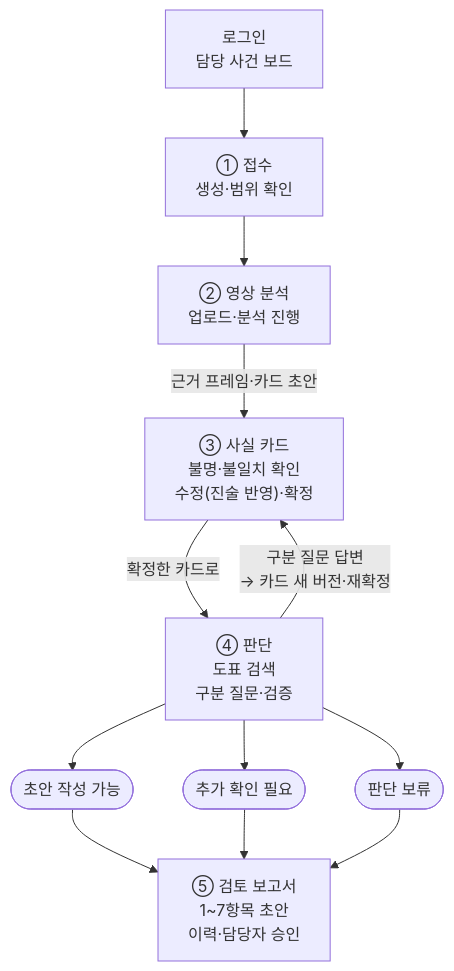
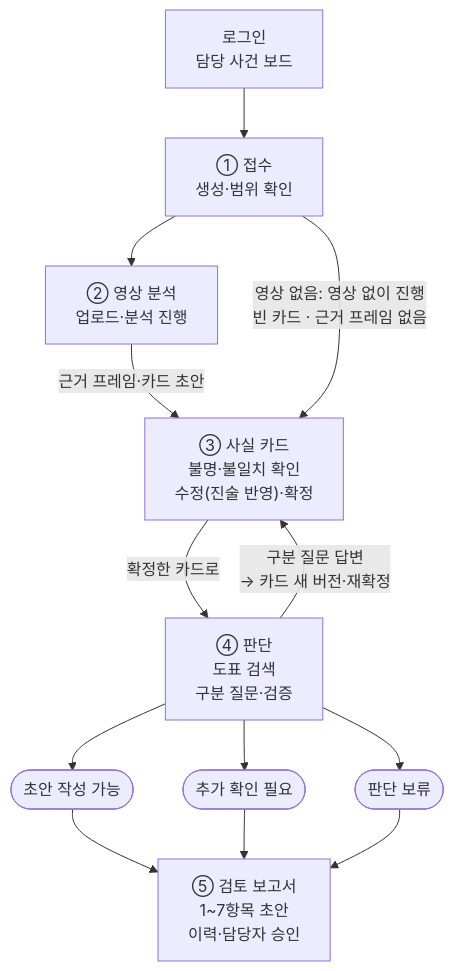
One commit to Ok-Muncheol/ok-muncheol-fe changed the diagram in README.md. Above: the diagram before and after it, drawn with Mermaid. The commit also changed other lines of this file and 15 other files, not shown here.

````diff
--- a/README.md
+++ b/README.md
@@ -40,14 +40,15 @@
 ```mermaid
 flowchart TD
     A["로그인<br/>담당 사건 보드"] --> B["① 접수<br/>생성·범위 확인"]
     B --> D["② 영상 분석<br/>업로드·분석 진행"]
     D -->|"근거 프레임·카드 초안"| E["③ 사실 카드<br/>불명·불일치 확인<br/>수정(진술 반영)·확정"]
+    B -->|"영상 없음: 영상 없이 진행<br/>빈 카드 · 근거 프레임 없음"| E
     E -->|확정한 카드로| F["④ 판단<br/>도표 검색<br/>구분 질문·검증"]
     F -->|"구분 질문 답변<br/>→ 카드 새 버전·재확정"| E
 
     R1(["초안 작성 가능"])
     R2(["추가 확인 필요"])
     R3(["판단 보류"])
     F --> R1 & R2 & R3
     R1 & R2 & R3 --> G["⑤ 검토 보고서<br/>1~7항목 초안<br/>이력·담당자 승인"]
 ```
````
